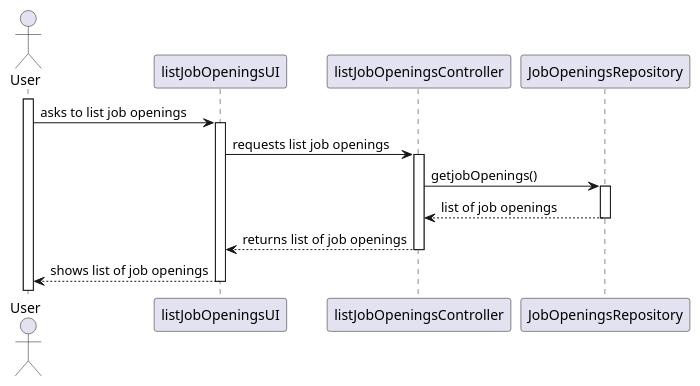
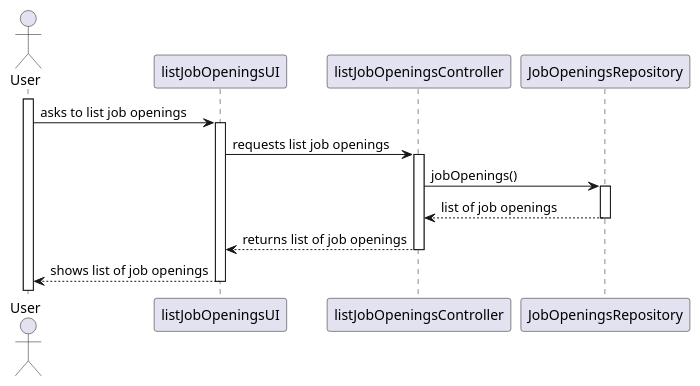
One commit to marcoferreira37/Lapr4 changed the diagram in docs/sprintB/1006/01.requirements-engineering/puml/1006-system-sequence-diagram.puml. Above: the diagram before and after it, drawn with PlantUML. The commit also changed 2 other files, not shown here.

```diff
--- a/docs/sprintB/1006/01.requirements-engineering/puml/1006-system-sequence-diagram.puml
+++ b/docs/sprintB/1006/01.requirements-engineering/puml/1006-system-sequence-diagram.puml
@@ -1,22 +1,22 @@
 @startuml
 
 actor User
 participant listJobOpeningsUI
 participant listJobOpeningsController
 participant JobOpeningsRepository
 
 activate User
 User -> listJobOpeningsUI : asks to list job openings
 activate listJobOpeningsUI
 listJobOpeningsUI -> listJobOpeningsController : requests list job openings
 activate listJobOpeningsController
-listJobOpeningsController -> JobOpeningsRepository : getjobOpenings()
+listJobOpeningsController -> JobOpeningsRepository : jobOpenings()
 activate JobOpeningsRepository
 JobOpeningsRepository --> listJobOpeningsController : list of job openings
 deactivate JobOpeningsRepository
 listJobOpeningsController --> listJobOpeningsUI : returns list of job openings
 deactivate listJobOpeningsController
 listJobOpeningsUI --> User : shows list of job openings
 deactivate listJobOpeningsUI
 
 @enduml
```
